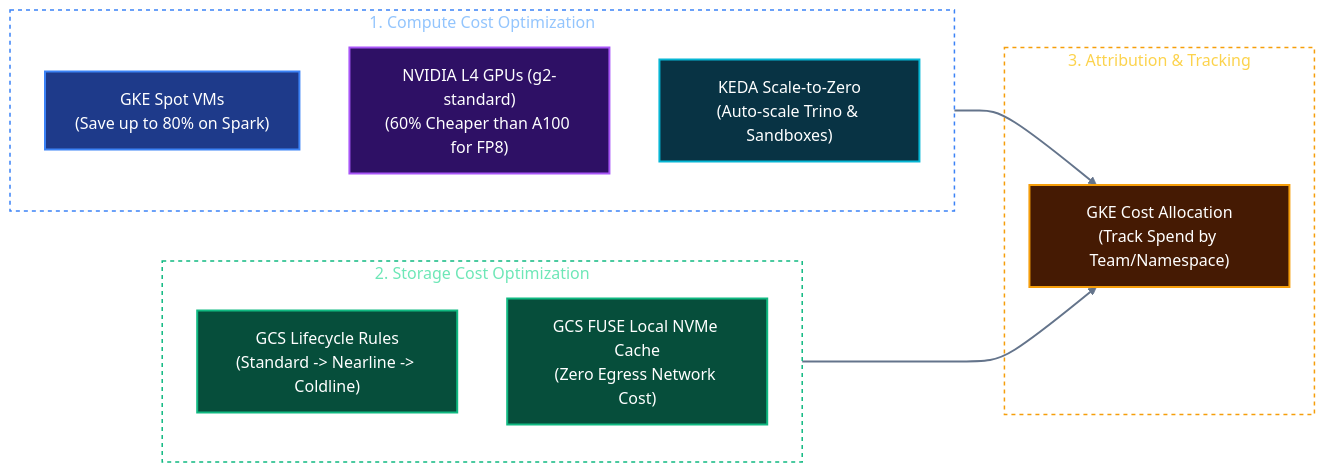
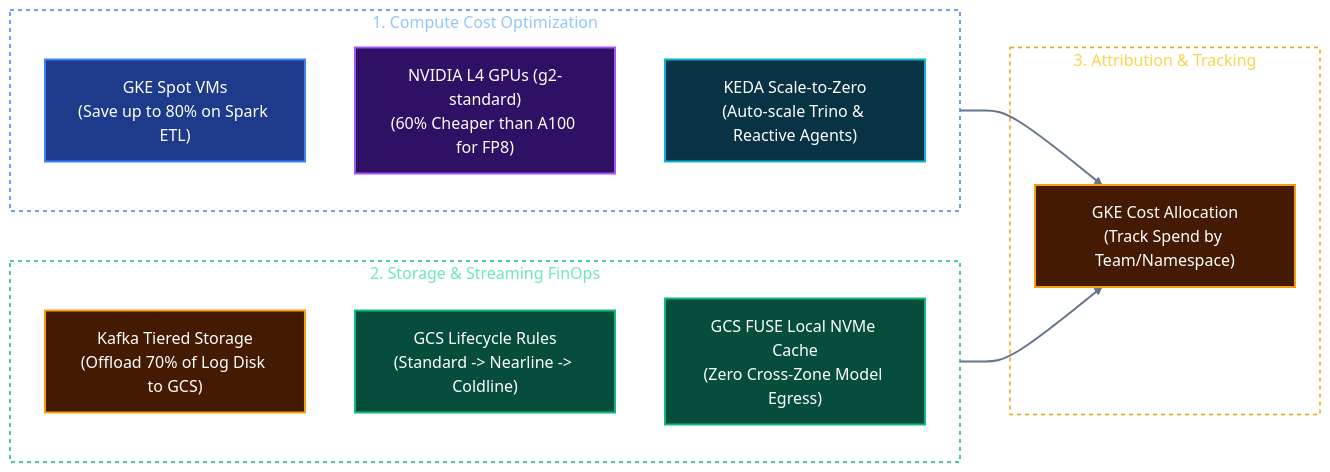
The second of 2 diagrams in docs/architectures/05_ha_dr_and_finops.md (toanbui626391/data_platform_gcp), drawn with Mermaid (neutral theme) before and after one commit. The commit also changed other lines of this file and 6 other files, not shown here.

````diff
--- a/docs/architectures/05_ha_dr_and_finops.md
+++ b/docs/architectures/05_ha_dr_and_finops.md
@@ -95,35 +101,36 @@
 ```mermaid
 flowchart LR
     subgraph ComputeFinOps["1. Compute Cost Optimization"]
-        SpotVMs["GKE Spot VMs\n(Save up to 80% on Spark)"]:::primary
+        SpotVMs["GKE Spot VMs\n(Save up to 80% on Spark ETL)"]:::primary
         L4GPUs["NVIDIA L4 GPUs (g2-standard)\n(60% Cheaper than A100 for FP8)"]:::purple
-        KEDA["KEDA Scale-to-Zero\n(Auto-scale Trino & Sandboxes)"]:::cyan
+        KEDA["KEDA Scale-to-Zero\n(Auto-scale Trino & Reactive Agents)"]:::cyan
     end
 
-    subgraph StorageFinOps["2. Storage Cost Optimization"]
+    subgraph StorageFinOps["2. Storage & Streaming FinOps"]
+        KafkaTiered["Kafka Tiered Storage\n(Offload 70% of Log Disk to GCS)"]:::warning
         GCSLifecycle["GCS Lifecycle Rules\n(Standard -> Nearline -> Coldline)"]:::success
-        GCSFuseCache["GCS FUSE Local NVMe Cache\n(Zero Egress Network Cost)"]:::success
+        GCSFuseCache["GCS FUSE Local NVMe Cache\n(Zero Cross-Zone Model Egress)"]:::success
     end
 
     subgraph GovernanceFinOps["3. Attribution & Tracking"]
         GKECostAlloc["GKE Cost Allocation\n(Track Spend by Team/Namespace)"]:::warning
     end
 
     ComputeFinOps --> GKECostAlloc
     StorageFinOps --> GKECostAlloc
 
     %% Subgraph Styling (Transparent & Dual-Mode Friendly)
     style ComputeFinOps fill:none,stroke:#3b82f6,stroke-width:1.5px,stroke-dasharray: 4 4,color:#93c5fd
     style StorageFinOps fill:none,stroke:#10b981,stroke-width:1.5px,stroke-dasharray: 4 4,color:#6ee7b7
     style GovernanceFinOps fill:none,stroke:#f59e0b,stroke-width:1.5px,stroke-dasharray: 4 4,color:#fcd34d
 
     %% Link Styling
     linkStyle default stroke:#64748b,stroke-width:2px;
 
     %% Universal Dual-Mode High-Contrast Palette
     classDef primary fill:#1e3a8a,stroke:#3b82f6,stroke-width:2px,color:#ffffff;
     classDef success fill:#064e3b,stroke:#10b981,stroke-width:2px,color:#ffffff;
     classDef warning fill:#451a03,stroke:#f59e0b,stroke-width:2px,color:#ffffff;
     classDef purple  fill:#2e1065,stroke:#a855f7,stroke-width:2px,color:#ffffff;
     classDef cyan    fill:#083344,stroke:#06b6d4,stroke-width:2px,color:#ffffff;
 ```
````
